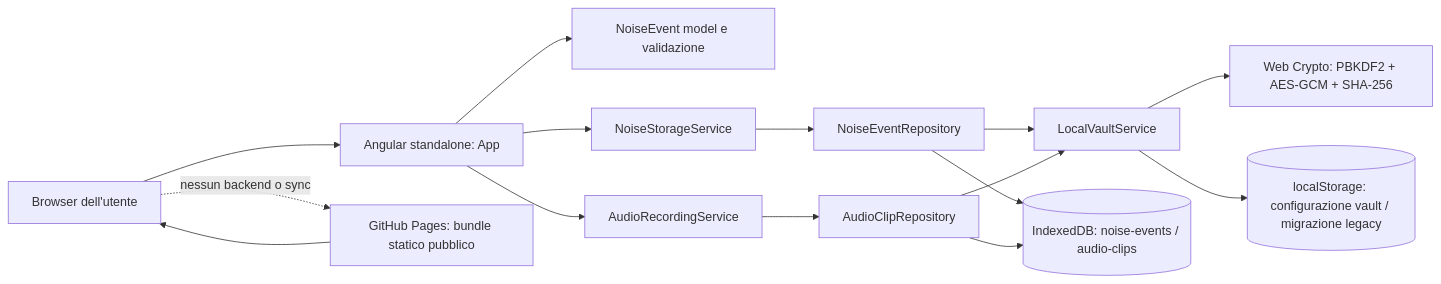
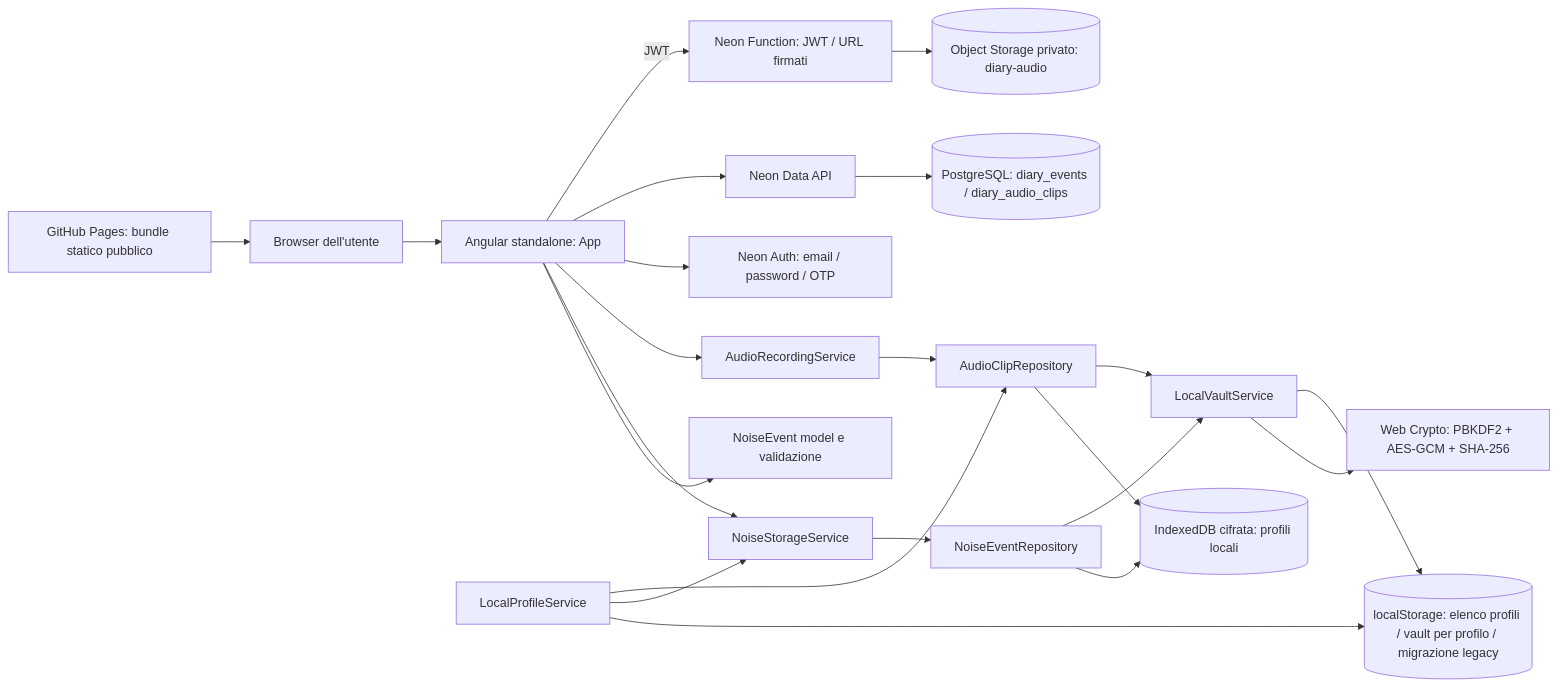
Before and after one commit to federicocroletti-tech/noise-diary: the diagram in docs/CURRENT_ARCHITECTURE.md, drawn with Mermaid. The commit also changed other lines of this file and 38 other files, not shown here.

````diff
--- a/docs/CURRENT_ARCHITECTURE.md
+++ b/docs/CURRENT_ARCHITECTURE.md
@@ -5,26 +5,37 @@
 ```mermaid
 flowchart LR
   Browser[Browser dell'utente]
   UI[Angular standalone: App]
   Domain[NoiseEvent model e validazione]
   Storage[NoiseStorageService]
   Events[NoiseEventRepository]
   Audio[AudioRecordingService]
   Clips[AudioClipRepository]
   Vault[LocalVaultService]
-  IDB[(IndexedDB: noise-events / audio-clips)]
-  LS[(localStorage: configurazione vault / migrazione legacy)]
+  Profiles[LocalProfileService]
+  IDB[(IndexedDB cifrata: profili locali)]
+  LS[(localStorage: elenco profili / vault per profilo / migrazione legacy)]
   Crypto[Web Crypto: PBKDF2 + AES-GCM + SHA-256]
   Pages[GitHub Pages: bundle statico pubblico]
+  Auth[Neon Auth: email / password / OTP]
+  DataAPI[Neon Data API]
+  PG[(PostgreSQL: diary_events / diary_audio_clips)]
+  Function[Neon Function: JWT / URL firmati]
+  Objects[(Object Storage privato: diary-audio)]
 
   Pages --> Browser
   Browser --> UI
   UI --> Domain
   UI --> Storage --> Events --> IDB
   UI --> Audio --> Clips --> IDB
   Events --> Vault
   Clips --> Vault
   Vault --> Crypto
   Vault --> LS
-  Browser -. nessun backend o sync .-> Pages
+  Profiles --> LS
+  Profiles --> Storage
+  Profiles --> Clips
+  UI --> Auth
+  UI --> DataAPI --> PG
+  UI -->|JWT| Function --> Objects
 ```
````
